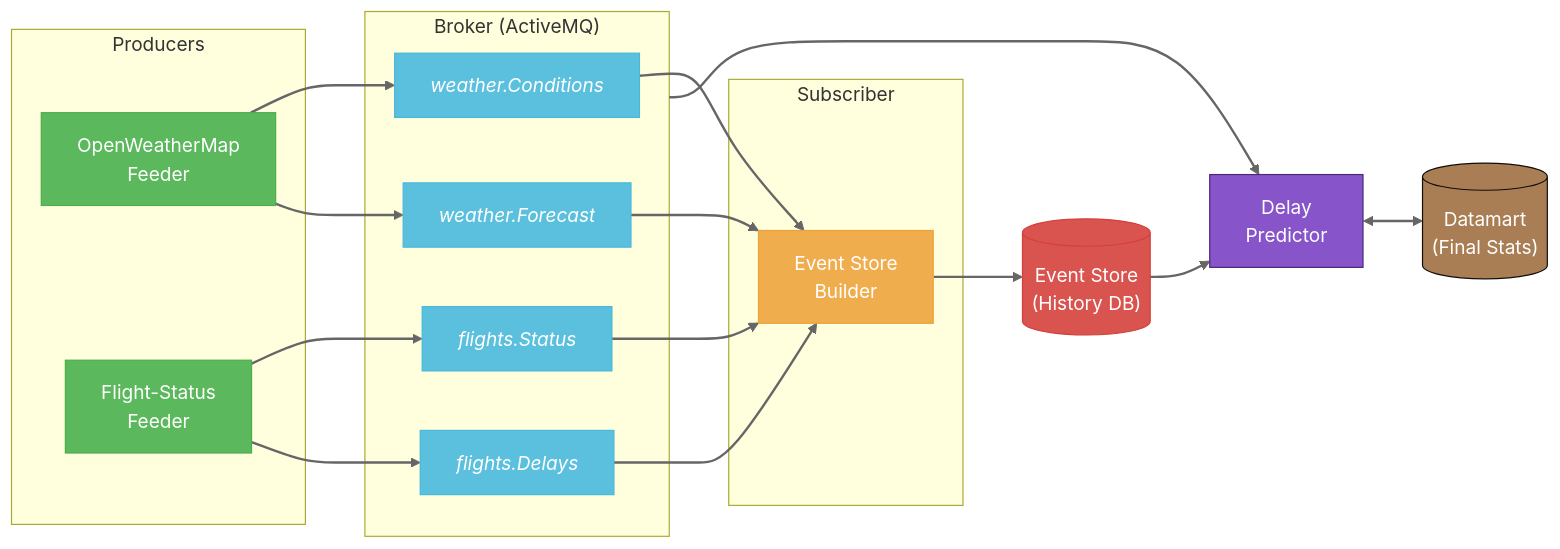
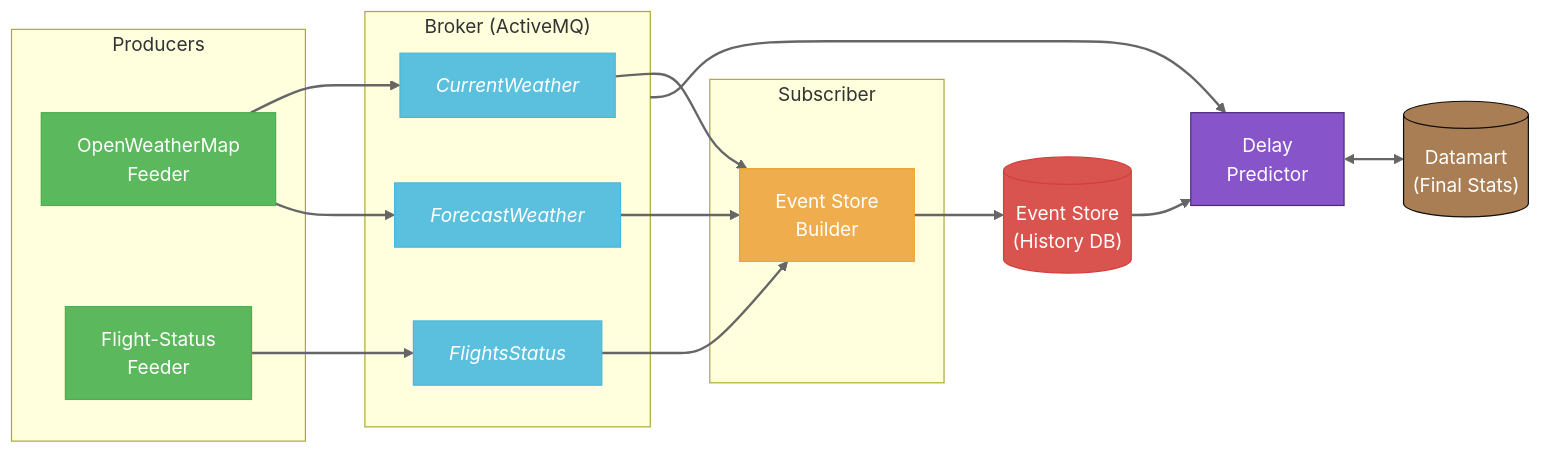
The first of 2 diagrams in readme.md (NoVibesJustCode/sky-delay-forecast), drawn with Mermaid before and after one commit. The commit also changed other lines of this file, not shown here.

Commit message:
feat: update class diagram

````diff
--- a/readme.md
+++ b/readme.md
@@ -20,50 +20,47 @@
 ```mermaid
 flowchart LR
     classDef producer fill:#5cb85c,stroke:#4cae4c,color:white,stroke-width:1px
     classDef broker fill:#428bca,stroke:#357ebd,color:white,stroke-width:1px
     classDef queue fill:#5bc0de,stroke:#46b8da,color:white,stroke-width:1px,font-style:italic
     classDef subscriber fill:#f0ad4e,stroke:#eea236,color:white,stroke-width:1px
     classDef storage fill:#d9534f,stroke:#d43f3a,color:white,stroke-width:1px
     classDef Predictor fill:#8754C9,stroke:#4C277C,color:white,stroke-width:1px
     classDef Datamart fill:#AA7E55,stroke:#110D09,color:white,stroke-width:1px
 
     subgraph Producers
         weather["OpenWeatherMap<br/>Feeder"]:::producer
         flights["Flight-Status<br/>Feeder"]:::producer
     end
     
     subgraph ActiveMQ["Broker (ActiveMQ)"]
-        temp["weather.Conditions"]:::queue
-        forecast["weather.Forecast"]:::queue
-        f_status["flights.Status"]:::queue
-        f_delays["flights.Delays"]:::queue
+        temp["CurrentWeather"]:::queue
+        forecast["ForecastWeather"]:::queue
+        f_status["FlightsStatus"]:::queue
     end
     
     subgraph Subscriber
         esBuilder["Event Store<br/>Builder"]:::subscriber
     end
     
     eventStore[("Event Store<br/>(History DB)")]:::storage
     
     delayPredictor["Delay<br/>Predictor"]:::Predictor
     dataMart[("Datamart<br/>(Final Stats)")]:::Datamart
     
     weather --> temp
     weather --> forecast
     flights --> f_status
-    flights --> f_delays
     
     temp --> esBuilder
     forecast --> esBuilder
     f_status --> esBuilder
-    f_delays --> esBuilder
     
     esBuilder --> eventStore
     eventStore --> delayPredictor
     
     delayPredictor <--> dataMart
     
     ActiveMQ --> delayPredictor
     
     linkStyle default stroke:#666,stroke-width:2px;
 ```
````
